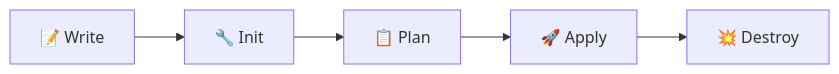
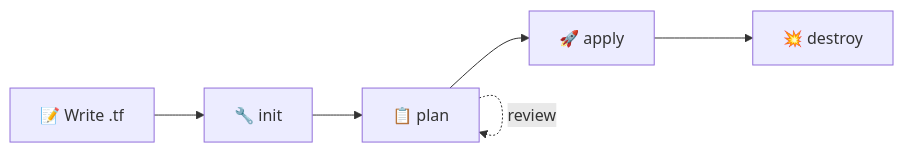
Before and after one commit to inno-devops-labs/DevOps-Core-Course: the fifth of 7 diagrams in lectures/lec4.md, drawn with Mermaid. The commit also changed other lines of this file and 24 other files, not shown here.

````diff
--- a/lectures/lec4.md
+++ b/lectures/lec4.md
@@ -304,7 +175,8 @@
 ```mermaid
 flowchart LR
-  Write[📝 Write] --> Init[🔧 Init]
-  Init --> Plan[📋 Plan]
-  Plan --> Apply[🚀 Apply]
-  Apply --> Destroy[💥 Destroy]
+  Write[📝 Write .tf] --> Init[🔧 init]
+  Init --> Plan[📋 plan]
+  Plan --> Apply[🚀 apply]
+  Apply --> Destroy[💥 destroy]
+  Plan -.->|review| Plan
 ```
````
